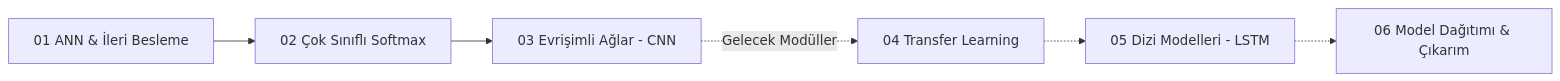
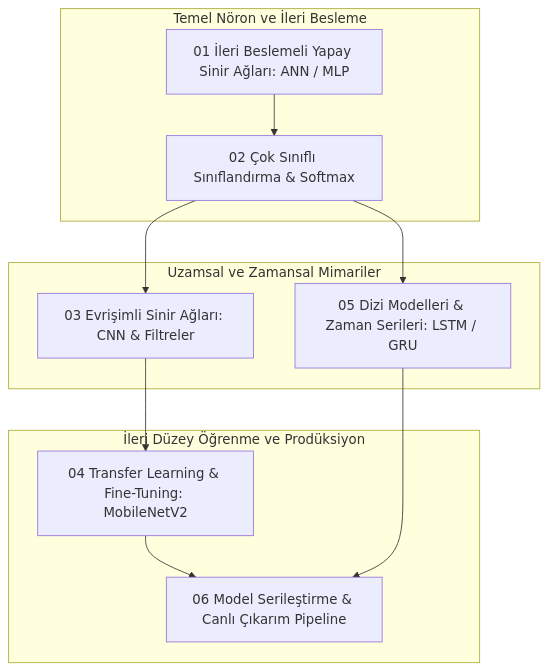
Before and after one commit to SuleymanToklu/deep-learning-foundations: the diagram in README.md, drawn with Mermaid. The commit also changed other lines of this file, not shown here.

Commit message:
docs: update master pipeline mermaid diagram with all 6 modules

````diff
--- a/README.md
+++ b/README.md
@@ -15,8 +15,15 @@
 ```mermaid
-graph LR
-    A[01 ANN & İleri Besleme] --> B[02 Çok Sınıflı Softmax]
-    B --> C[03 Evrişimli Ağlar - CNN]
-    C -. Gelecek Modüller .-> D[04 Transfer Learning]
-    D -.-> E[05 Dizi Modelleri - LSTM]
-    E -.-> F[06 Model Dağıtımı & Çıkarım]
+graph TD
+    subgraph Temel Nöron ve İleri Besleme
+        A[01 İleri Beslemeli Yapay Sinir Ağları: ANN / MLP] --> B[02 Çok Sınıflı Sınıflandırma & Softmax]
+    end
+    subgraph Uzamsal ve Zamansal Mimariler
+        B --> C[03 Evrişimli Sinir Ağları: CNN & Filtreler]
+        B --> E[05 Dizi Modelleri & Zaman Serileri: LSTM / GRU]
+    end
+    subgraph İleri Düzey Öğrenme ve Prodüksiyon
+        C --> D[04 Transfer Learning & Fine-Tuning: MobileNetV2]
+        D --> F[06 Model Serileştirme & Canlı Çıkarım Pipeline]
+        E --> F
+    end
 ```
````
